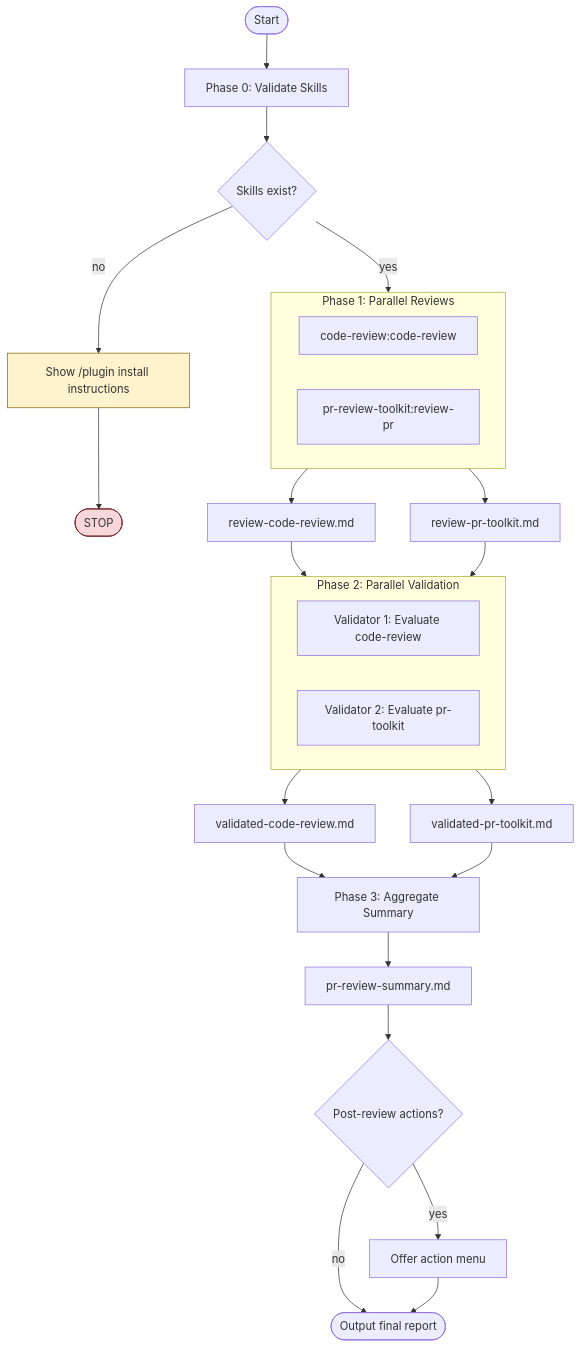
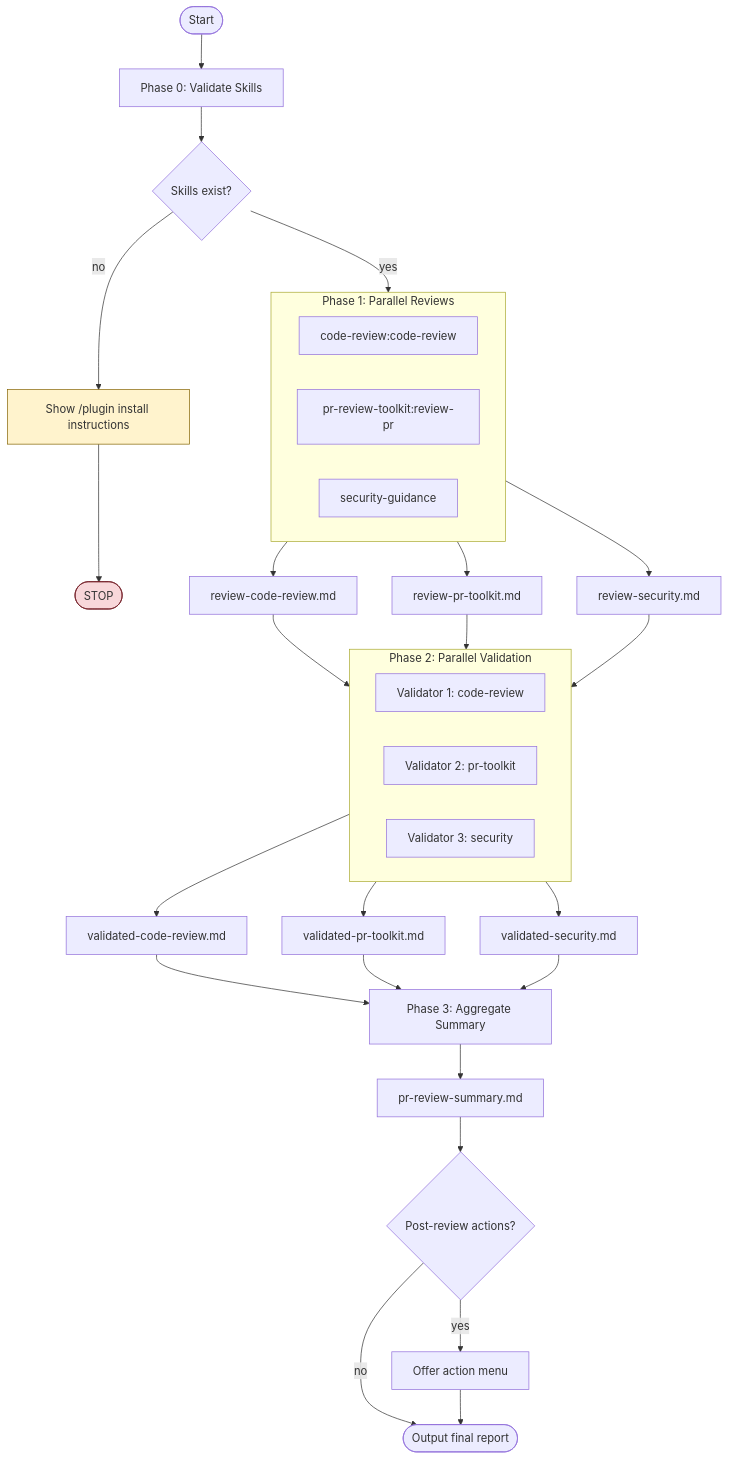
One commit to gchiam/claude-code-plugins changed the diagram in skills/parallel-pr-review/SKILL.md. Above: the diagram before and after it, drawn with Mermaid. The commit also changed other lines of this file and 1 other file, not shown here.

First line of the commit message:
Add security-guidance as third parallel reviewer

````diff
--- a/skills/parallel-pr-review/SKILL.md
+++ b/skills/parallel-pr-review/SKILL.md
@@ -27,47 +28,53 @@
 ```mermaid
 flowchart TB
     Start([Start])
     Phase0[Phase 0: Validate Skills]
     SkillsExist{Skills exist?}
     ShowInstall[Show /plugin install instructions]:::warning
     Stop([STOP]):::error
     Output([Output final report])
 
     Start --> Phase0
     Phase0 --> SkillsExist
     SkillsExist -->|no| ShowInstall
     ShowInstall --> Stop
     SkillsExist -->|yes| Phase1
 
     subgraph Phase1[Phase 1: Parallel Reviews]
         direction LR
         R1[code-review:code-review]
         R2[pr-review-toolkit:review-pr]
+        R3[security-guidance]
     end
 
     Phase1 --> Save1[review-code-review.md]
     Phase1 --> Save2[review-pr-toolkit.md]
+    Phase1 --> Save3[review-security.md]
     Save1 --> Phase2
     Save2 --> Phase2
+    Save3 --> Phase2
 
     subgraph Phase2[Phase 2: Parallel Validation]
         direction LR
-        V1[Validator 1: Evaluate code-review]
-        V2[Validator 2: Evaluate pr-toolkit]
+        V1[Validator 1: code-review]
+        V2[Validator 2: pr-toolkit]
+        V3[Validator 3: security]
     end
 
     Phase2 --> VSave1[validated-code-review.md]
     Phase2 --> VSave2[validated-pr-toolkit.md]
+    Phase2 --> VSave3[validated-security.md]
     VSave1 --> Phase3
     VSave2 --> Phase3
+    VSave3 --> Phase3
 
     Phase3[Phase 3: Aggregate Summary]
     Phase3 --> Summary[pr-review-summary.md]
     Summary --> PostActions{Post-review actions?}
     PostActions -->|yes| Actions[Offer action menu]
     PostActions -->|no| Output
     Actions --> Output
 
     classDef warning fill:#fff3cd,stroke:#856404
     classDef error fill:#f8d7da,stroke:#721c24
 ```
````
